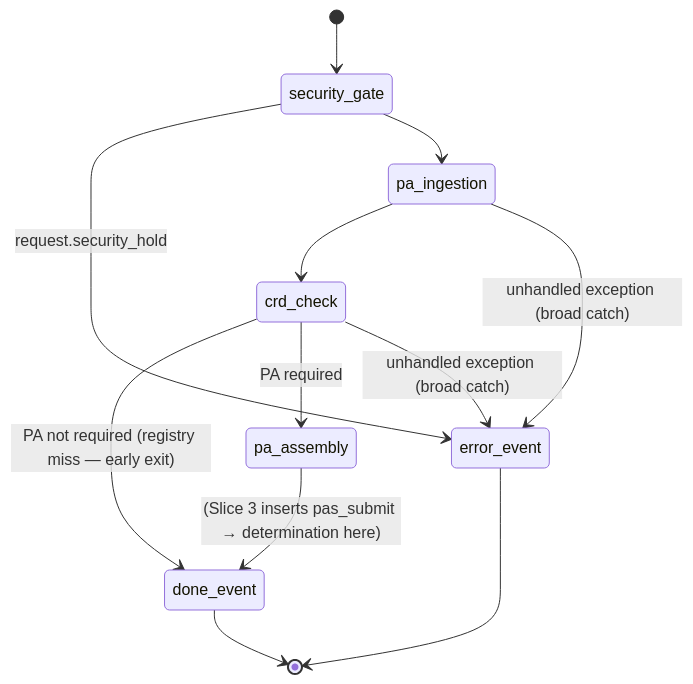
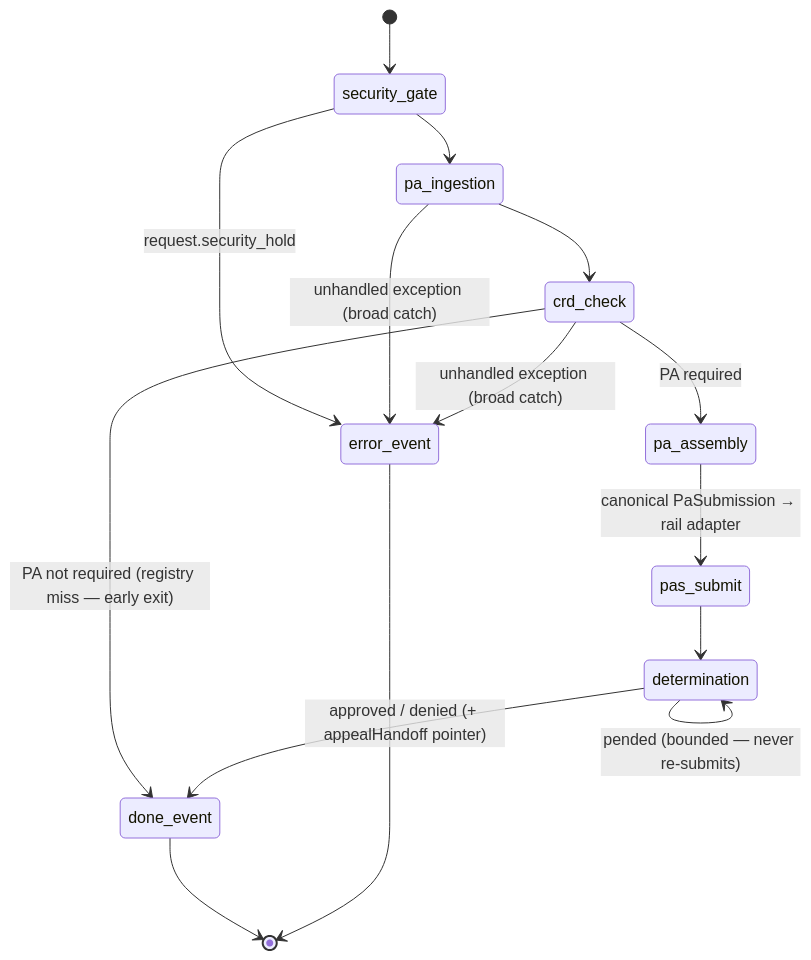
Before and after one commit to mcruz90/paxos-demo: the fourth of 5 diagrams in docs/architecture/05-state-lifecycle.md, drawn with Mermaid. The commit also changed other lines of this file and 1 other file, not shown here.

Commit message:
docs(architecture): 02/05 — full initial-PA run wired: PAS rail, pended self-loop, denied handoff (S2 Slice 3, in-series)

````diff
--- a/docs/architecture/05-state-lifecycle.md
+++ b/docs/architecture/05-state-lifecycle.md
@@ -107,14 +106,17 @@
 ```mermaid
 stateDiagram-v2
     [*] --> security_gate
     security_gate --> error_event : request.security_hold
     security_gate --> pa_ingestion
     pa_ingestion --> crd_check
     crd_check --> done_event : PA not required (registry miss — early exit)
     crd_check --> pa_assembly : PA required
-    pa_assembly --> done_event : (Slice 3 inserts pas_submit → determination here)
+    pa_assembly --> pas_submit : canonical PaSubmission → rail adapter
+    pas_submit --> determination
+    determination --> determination : pended (bounded — never re-submits)
+    determination --> done_event : approved / denied (+ appealHandoff pointer)
     pa_ingestion --> error_event : unhandled exception (broad catch)
     crd_check --> error_event : unhandled exception (broad catch)
     done_event --> [*]
     error_event --> [*]
 ```
````
